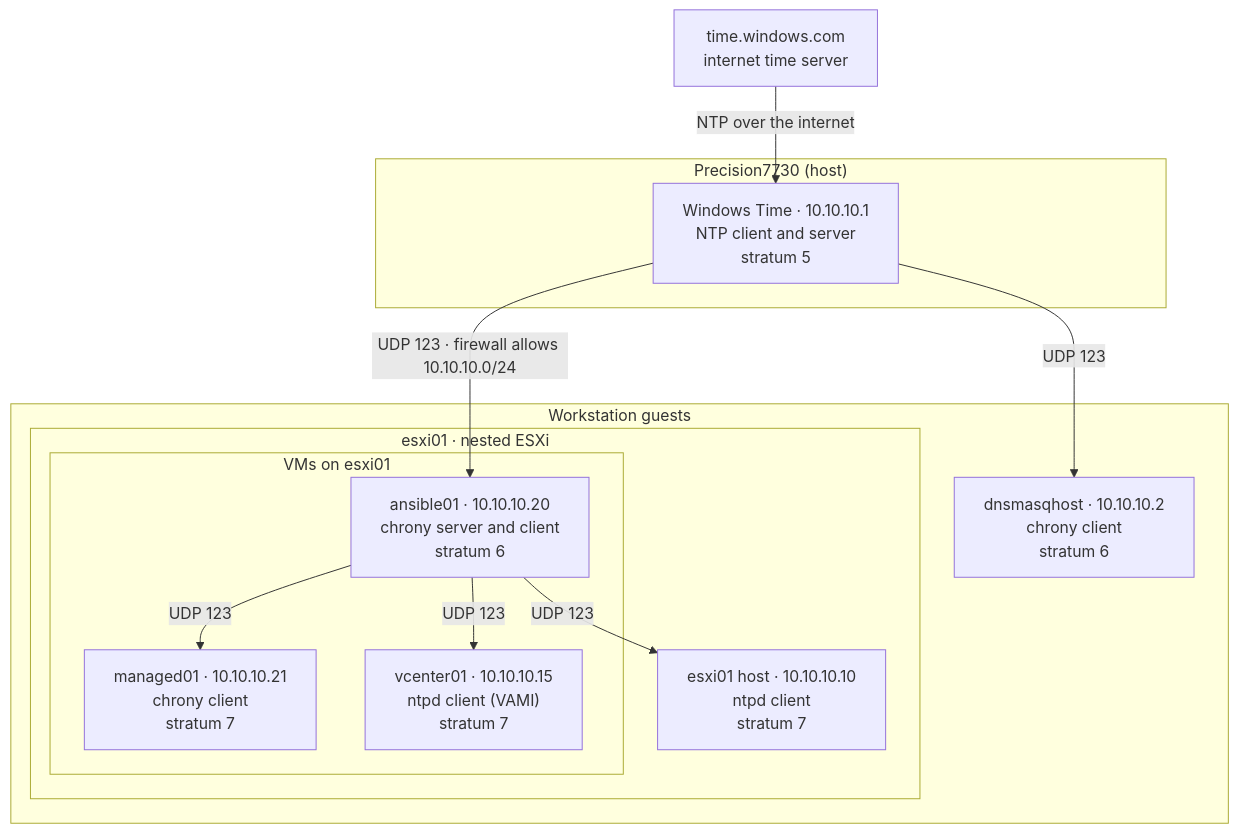
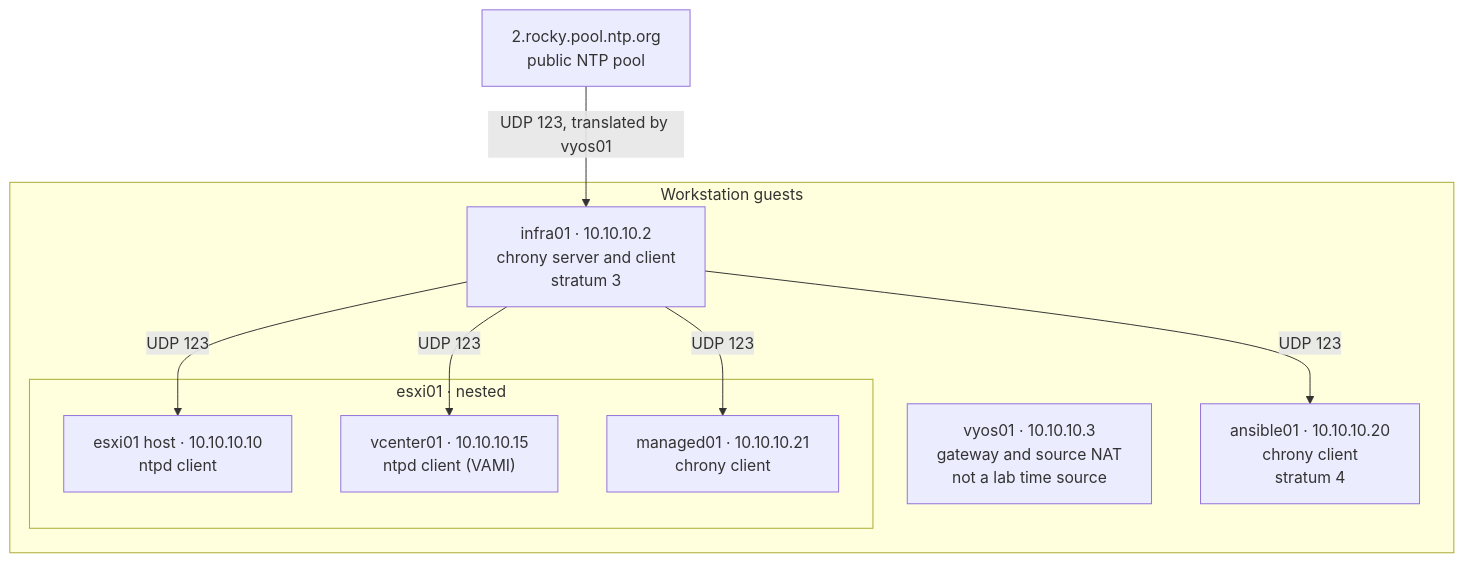
Before and after one commit to isaacsgober/RangeLab: the diagram in vault/Architecture/NTP Hierarchy.md, drawn with Mermaid. The commit also changed other lines of this file and 7 other files, not shown here.

Commit message:
Rewrite DNS and time documentation for the rebuilt lab

````diff
--- a/vault/Architecture/NTP Hierarchy.md
+++ b/vault/Architecture/NTP Hierarchy.md
@@ -11,27 +8,21 @@
 ```mermaid
 flowchart TD
-    INET["time.windows.com<br/>internet time server"]
-
-    subgraph HOSTBOX["Precision7730 (host)"]
-        W32["Windows Time · 10.10.10.1<br/>NTP client and server<br/>stratum 5"]
-    end
+    POOL["2.rocky.pool.ntp.org<br/>public NTP pool"]
 
     subgraph WS["Workstation guests"]
-        DNSQ["dnsmasqhost · 10.10.10.2<br/>chrony client<br/>stratum 6"]
-        subgraph ESXIBOX["esxi01 · nested ESXi"]
-            ESXNTP["esxi01 host · 10.10.10.10<br/>ntpd client<br/>stratum 7"]
-            subgraph NESTED["VMs on esxi01"]
-                ANS["ansible01 · 10.10.10.20<br/>chrony server and client<br/>stratum 6"]
-                MAN["managed01 · 10.10.10.21<br/>chrony client<br/>stratum 7"]
-                VC["vcenter01 · 10.10.10.15<br/>ntpd client (VAMI)<br/>stratum 7"]
-            end
+        VYOS["vyos01 · 10.10.10.3<br/>gateway and source NAT<br/>not a lab time source"]
+        INFRA["infra01 · 10.10.10.2<br/>chrony server and client<br/>stratum 3"]
+        ANS["ansible01 · 10.10.10.20<br/>chrony client<br/>stratum 4"]
+        subgraph ESXIBOX["esxi01 · nested"]
+            ESXNTP["esxi01 host · 10.10.10.10<br/>ntpd client"]
+            VC["vcenter01 · 10.10.10.15<br/>ntpd client (VAMI)"]
+            MAN["managed01 · 10.10.10.21<br/>chrony client"]
         end
     end
 
-    INET -->|"NTP over the internet"| W32
-    W32 -->|"UDP 123 · firewall allows 10.10.10.0/24"| ANS
-    W32 -->|"UDP 123"| DNSQ
-    ANS -->|"UDP 123"| MAN
-    ANS -->|"UDP 123"| VC
-    ANS -->|"UDP 123"| ESXNTP
+    POOL -->|"UDP 123, translated by vyos01"| INFRA
+    INFRA -->|"UDP 123"| ANS
+    INFRA -->|"UDP 123"| ESXNTP
+    INFRA -->|"UDP 123"| VC
+    INFRA -->|"UDP 123"| MAN
 ```
````
